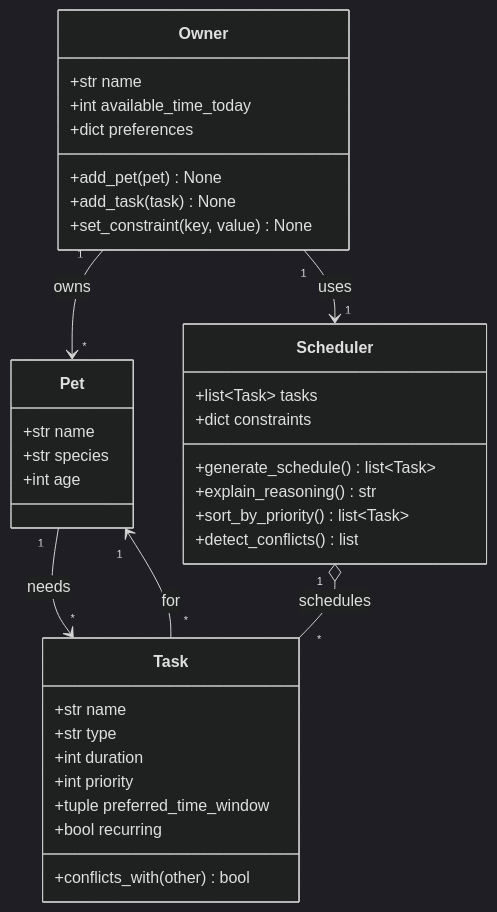
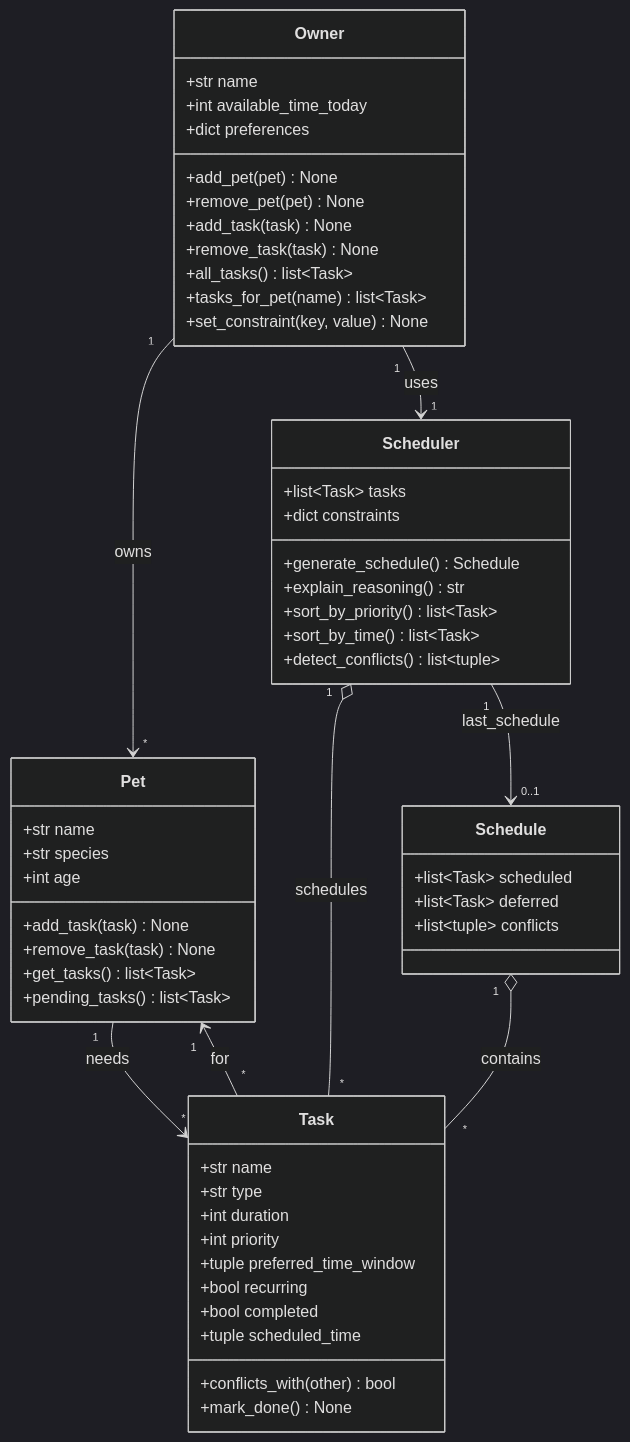
One commit to mahirm11/ai110-module2show-pawpal-starter changed the diagram in diagrams/uml.mmd. Above: the diagram before and after it, drawn with Mermaid (dark theme). The commit also changed 3 other files, not shown here.

Commit message:
docs: finalize UML, README, and reflection for PawPal+

```diff
--- a/diagrams/uml.mmd
+++ b/diagrams/uml.mmd
@@ -1,43 +1,63 @@
 classDiagram
     %% PawPal+ core domain model
     %% Keep this file updated so it matches your final implementation.
 
     class Owner {
         +str name
         +int available_time_today
         +dict preferences
         +add_pet(pet) None
+        +remove_pet(pet) None
         +add_task(task) None
+        +remove_task(task) None
+        +all_tasks() list~Task~
+        +tasks_for_pet(name) list~Task~
         +set_constraint(key, value) None
     }
 
     class Pet {
         +str name
         +str species
         +int age
+        +add_task(task) None
+        +remove_task(task) None
+        +get_tasks() list~Task~
+        +pending_tasks() list~Task~
     }
 
     class Task {
         +str name
         +str type
         +int duration
         +int priority
         +tuple preferred_time_window
         +bool recurring
+        +bool completed
+        +tuple scheduled_time
         +conflicts_with(other) bool
+        +mark_done() None
     }
 
     class Scheduler {
         +list~Task~ tasks
         +dict constraints
-        +generate_schedule() list~Task~
+        +generate_schedule() Schedule
         +explain_reasoning() str
         +sort_by_priority() list~Task~
-        +detect_conflicts() list
+        +sort_by_time() list~Task~
+        +detect_conflicts() list~tuple~
+    }
+
+    class Schedule {
+        +list~Task~ scheduled
+        +list~Task~ deferred
+        +list~tuple~ conflicts
     }
 
     Owner "1" --> "*" Pet : owns
     Pet "1" --> "*" Task : needs
     Owner "1" --> "1" Scheduler : uses
     Scheduler "1" o-- "*" Task : schedules
     Task "*" --> "1" Pet : for
+    Scheduler "1" --> "0..1" Schedule : last_schedule
+    Schedule "1" o-- "*" Task : contains
```
